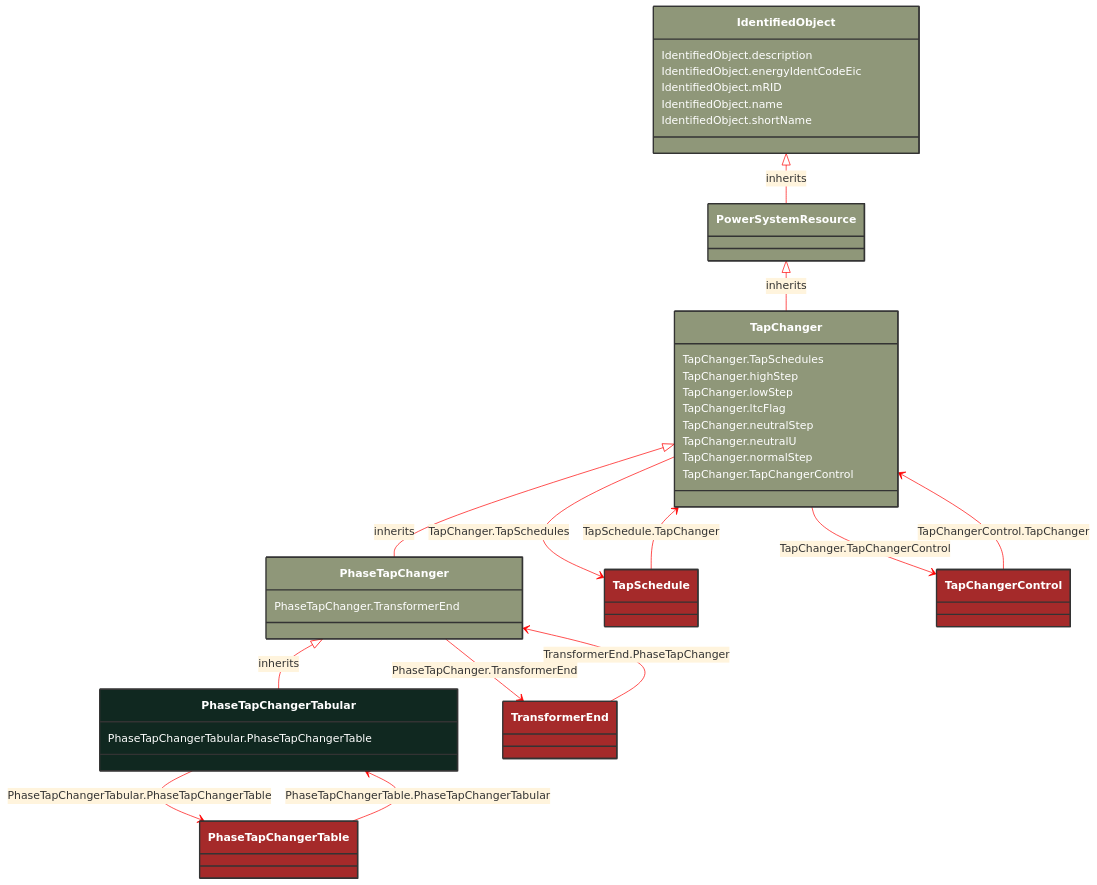
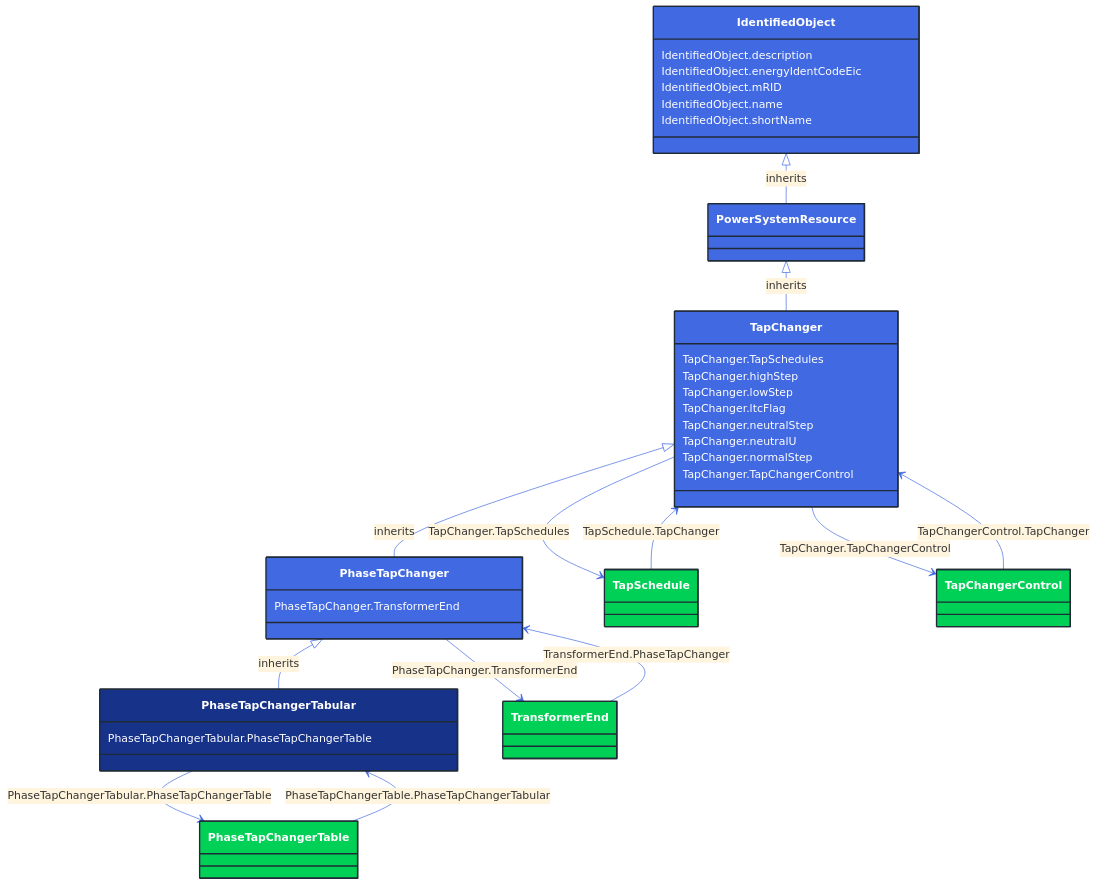
Before and after one commit to 3lbits/NoCIMExtensions: the diagram in docs/Models/Profiles/CoreEquipment/ConcreteClasses/PhaseTapChangerTabular.md, drawn with Mermaid. The commit also changed 362 other files, not shown here.

First line of the commit message:
Update diagrams and styles for improved visual consistency

````diff
--- a/docs/Models/Profiles/CoreEquipment/ConcreteClasses/PhaseTapChangerTabular.md
+++ b/docs/Models/Profiles/CoreEquipment/ConcreteClasses/PhaseTapChangerTabular.md
@@ -8,70 +8,70 @@
 ```mermaid
-%%{init: {'theme':'base','themeVariables': {'lineColor': '#FF0000'}}}%%
+%%{init: {'theme':'base','themeVariables': {'lineColor': '#4169E1'}}}%%
 classDiagram
     class PhaseTapChangerTabular
     click PhaseTapChangerTabular href "/Models/Profiles/CoreEquipment/ConcreteClasses/PhaseTapChangerTabular/"
-    style PhaseTapChangerTabular fill:#102820,stroke:#333,stroke-width:2px,rx:10,ry:10,color:white
+    style PhaseTapChangerTabular fill:#163289,stroke:#1F2A37,stroke-width:2px,rx:10,ry:10,color:white
      
         PhaseTapChanger <|-- PhaseTapChangerTabular : inherits
             click PhaseTapChanger href "/Models/Profiles/CoreEquipment/AbstractClasses/PhaseTapChanger/"
-            style PhaseTapChanger fill:#8F9779,stroke:#333,stroke-width:2px,rx:10,ry:10,color:white
+            style PhaseTapChanger fill:#4169E1,stroke:#1F2A37,stroke-width:2px,rx:10,ry:10,color:white
      
         TapChanger <|-- PhaseTapChanger : inherits
             click TapChanger href "/Models/Profiles/CoreEquipment/AbstractClasses/TapChanger/"
-            style TapChanger fill:#8F9779,stroke:#333,stroke-width:2px,rx:10,ry:10,color:white
+            style TapChanger fill:#4169E1,stroke:#1F2A37,stroke-width:2px,rx:10,ry:10,color:white
      
         PowerSystemResource <|-- TapChanger : inherits
             click PowerSystemResource href "/Models/Profiles/CoreEquipment/AbstractClasses/PowerSystemResource/"
-            style PowerSystemResource fill:#8F9779,stroke:#333,stroke-width:2px,rx:10,ry:10,color:white
+            style PowerSystemResource fill:#4169E1,stroke:#1F2A37,stroke-width:2px,rx:10,ry:10,color:white
      
         IdentifiedObject <|-- PowerSystemResource : inherits
             click IdentifiedObject href "/Models/Profiles/CoreEquipment/AbstractClasses/IdentifiedObject/"
-            style IdentifiedObject fill:#8F9779,stroke:#333,stroke-width:2px,rx:10,ry:10,color:white
+            style IdentifiedObject fill:#4169E1,stroke:#1F2A37,stroke-width:2px,rx:10,ry:10,color:white
 
         PhaseTapChangerTabular --> PhaseTapChangerTable : PhaseTapChangerTabular.PhaseTapChangerTable
 
         PhaseTapChangerTable
             click PhaseTapChangerTable href "/Models/Profiles/CoreEquipment/ConcreteClasses/PhaseTapChangerTable/"
-            style PhaseTapChangerTable fill:#A52A2A,stroke:#333,stroke-width:2px,rx:10,ry:10,color:white
+            style PhaseTapChangerTable fill:#00D156,stroke:#1F2A37,stroke-width:2px,rx:10,ry:10,color:white
         PhaseTapChanger --> TransformerEnd : PhaseTapChanger.TransformerEnd
 
         TransformerEnd
             click TransformerEnd href "/Models/Profiles/CoreEquipment/AbstractClasses/TransformerEnd/"
-            style TransformerEnd fill:#A52A2A,stroke:#333,stroke-width:2px,rx:10,ry:10,color:white
+            style TransformerEnd fill:#00D156,stroke:#1F2A37,stroke-width:2px,rx:10,ry:10,color:white
         TapChanger --> TapSchedule : TapChanger.TapSchedules
 
         TapSchedule
             click TapSchedule href "/Models/Profiles/CoreEquipment/AbstractClasses/TapSchedule/"
-            style TapSchedule fill:#A52A2A,stroke:#333,stroke-width:2px,rx:10,ry:10,color:white
+            style TapSchedule fill:#00D156,stroke:#1F2A37,stroke-width:2px,rx:10,ry:10,color:white
         TapChanger --> TapChangerControl : TapChanger.TapChangerControl
 
         TapChangerControl
             click TapChangerControl href "/Models/Profiles/CoreEquipment/ConcreteClasses/TapChangerControl/"
-            style TapChangerControl fill:#A52A2A,stroke:#333,stroke-width:2px,rx:10,ry:10,color:white
+            style TapChangerControl fill:#00D156,stroke:#1F2A37,stroke-width:2px,rx:10,ry:10,color:white
 
         TapSchedule --> TapChanger : TapSchedule.TapChanger
 
         TapSchedule
             click TapSchedule href "/Models/Profiles/CoreEquipment/AbstractClasses/TapSchedule/"
-            style TapSchedule fill:#A52A2A,stroke:#333,stroke-width:2px,rx:10,ry:10,color:white
+            style TapSchedule fill:#00D156,stroke:#1F2A37,stroke-width:2px,rx:10,ry:10,color:white
 
         PhaseTapChangerTable --> PhaseTapChangerTabular : PhaseTapChangerTable.PhaseTapChangerTabular
 
         PhaseTapChangerTable
             click PhaseTapChangerTable href "/Models/Profiles/CoreEquipment/ConcreteClasses/PhaseTapChangerTable/"
-            style PhaseTapChangerTable fill:#A52A2A,stroke:#333,stroke-width:2px,rx:10,ry:10,color:white
+            style PhaseTapChangerTable fill:#00D156,stroke:#1F2A37,stroke-width:2px,rx:10,ry:10,color:white
 
         TapChangerControl --> TapChanger : TapChangerControl.TapChanger
 
         TapChangerControl
             click TapChangerControl href "/Models/Profiles/CoreEquipment/ConcreteClasses/TapChangerControl/"
-            style TapChangerControl fill:#A52A2A,stroke:#333,stroke-width:2px,rx:10,ry:10,color:white
+            style TapChangerControl fill:#00D156,stroke:#1F2A37,stroke-width:2px,rx:10,ry:10,color:white
 
         TransformerEnd --> PhaseTapChanger : TransformerEnd.PhaseTapChanger
 
         TransformerEnd
             click TransformerEnd href "/Models/Profiles/CoreEquipment/AbstractClasses/TransformerEnd/"
-            style TransformerEnd fill:#A52A2A,stroke:#333,stroke-width:2px,rx:10,ry:10,color:white
+            style TransformerEnd fill:#00D156,stroke:#1F2A37,stroke-width:2px,rx:10,ry:10,color:white
 
 
         PhaseTapChangerTabular : PhaseTapChangerTabular.PhaseTapChangerTable
````
